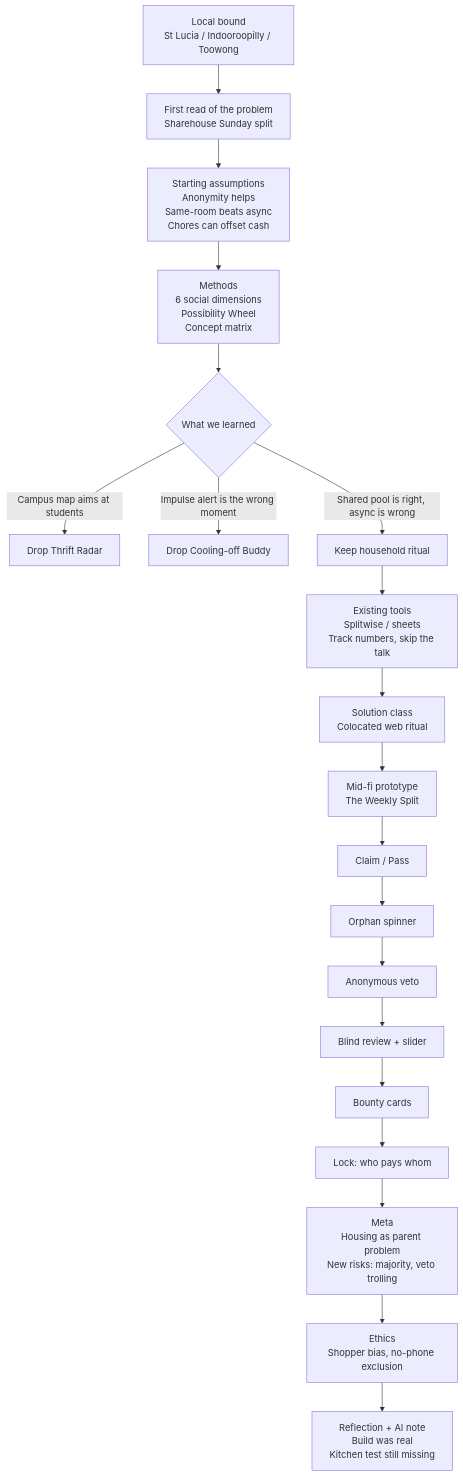
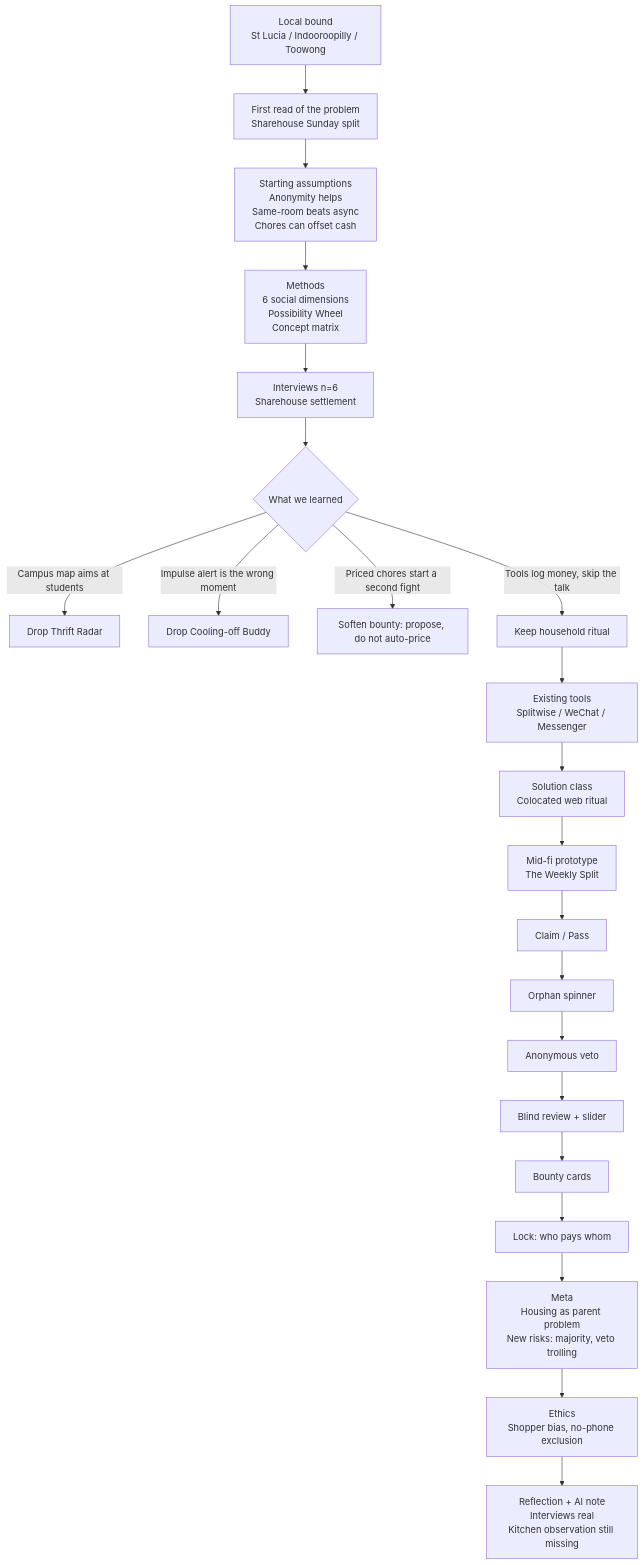
One commit to MaloneWayne/Deco3500-Team-17 changed the diagram in wiki/Process-Flow.md. Above: the diagram before and after it, drawn with Mermaid. The commit also changed other lines of this file and 11 other files, not shown here.

Commit message:
Ground the wiki in the six sharehouse interviews instead of empty claims.

````diff
--- a/wiki/Process-Flow.md
+++ b/wiki/Process-Flow.md
@@ -5,22 +5,24 @@
 ```mermaid
 flowchart TD
   A[Local bound<br/>St Lucia / Indooroopilly / Toowong] --> B[First read of the problem<br/>Sharehouse Sunday split]
   B --> C[Starting assumptions<br/>Anonymity helps<br/>Same-room beats async<br/>Chores can offset cash]
   C --> D[Methods<br/>6 social dimensions<br/>Possibility Wheel<br/>Concept matrix]
-  D --> E{What we learned}
-  E -->|Campus map aims at students| F[Drop Thrift Radar]
-  E -->|Impulse alert is the wrong moment| G[Drop Cooling-off Buddy]
-  E -->|Shared pool is right, async is wrong| H[Keep household ritual]
-  H --> I[Existing tools<br/>Splitwise / sheets<br/>Track numbers, skip the talk]
-  I --> J[Solution class<br/>Colocated web ritual]
-  J --> K[Mid-fi prototype<br/>The Weekly Split]
-  K --> L[Claim / Pass]
-  L --> M[Orphan spinner]
-  M --> N[Anonymous veto]
-  N --> O[Blind review + slider]
-  O --> P[Bounty cards]
-  P --> Q[Lock: who pays whom]
-  Q --> R[Meta<br/>Housing as parent problem<br/>New risks: majority, veto trolling]
-  R --> S[Ethics<br/>Shopper bias, no-phone exclusion]
-  S --> T[Reflection + AI note<br/>Build was real<br/>Kitchen test still missing]
+  D --> E[Interviews n=6<br/>Sharehouse settlement]
+  E --> F{What we learned}
+  F -->|Campus map aims at students| G[Drop Thrift Radar]
+  F -->|Impulse alert is the wrong moment| H[Drop Cooling-off Buddy]
+  F -->|Priced chores start a second fight| I[Soften bounty: propose, do not auto-price]
+  F -->|Tools log money, skip the talk| J[Keep household ritual]
+  J --> K[Existing tools<br/>Splitwise / WeChat / Messenger]
+  K --> L[Solution class<br/>Colocated web ritual]
+  L --> M[Mid-fi prototype<br/>The Weekly Split]
+  M --> N[Claim / Pass]
+  N --> O[Orphan spinner]
+  O --> P[Anonymous veto]
+  P --> Q[Blind review + slider]
+  Q --> R[Bounty cards]
+  R --> S[Lock: who pays whom]
+  S --> T[Meta<br/>Housing as parent problem<br/>New risks: majority, veto trolling]
+  T --> U[Ethics<br/>Shopper bias, no-phone exclusion]
+  U --> V[Reflection + AI note<br/>Interviews real<br/>Kitchen observation still missing]
 ```
````
